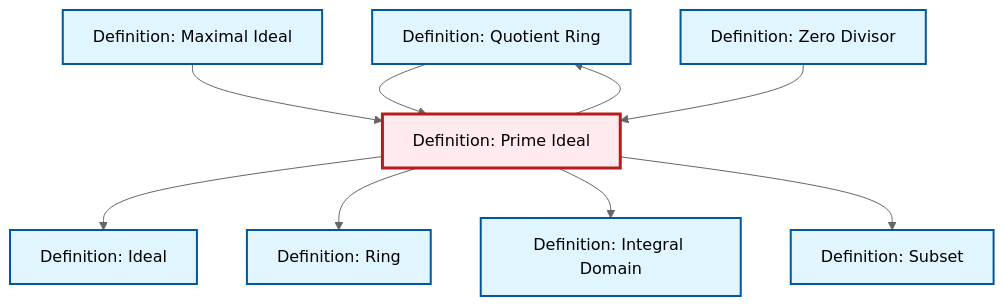
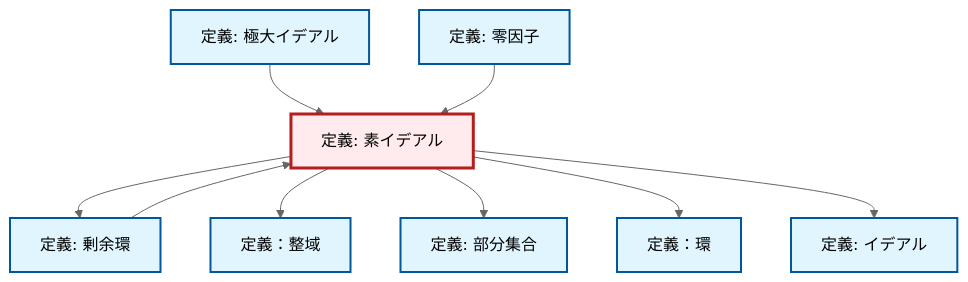
The diagram in content/ja/algebra/def-prime-ideal.qmd (RK0429/ModernMath), drawn with Mermaid (neutral theme) before and after one commit. The commit also changed 1069 other files, not shown here.

````diff
--- a/content/ja/algebra/def-prime-ideal.qmd
+++ b/content/ja/algebra/def-prime-ideal.qmd
@@ -86,33 +86,33 @@
 ```{mermaid}
 %%| fig-cap: "Local dependency graph"
 graph TD
     classDef definition fill:#e1f5fe,stroke:#01579b,stroke-width:2px
     classDef theorem fill:#f3e5f5,stroke:#4a148c,stroke-width:2px
     classDef axiom fill:#fff3e0,stroke:#e65100,stroke-width:2px
     classDef example fill:#e8f5e9,stroke:#1b5e20,stroke-width:2px
     classDef current fill:#ffebee,stroke:#b71c1c,stroke-width:3px
-    def-quotient-ring["Definition: Quotient Ring"]:::definition
-    def-maximal-ideal["Definition: Maximal Ideal"]:::definition
-    def-prime-ideal["Definition: Prime Ideal"]:::definition
-    def-ring["Definition: Ring"]:::definition
-    def-subset["Definition: Subset"]:::definition
-    def-ideal["Definition: Ideal"]:::definition
-    def-zero-divisor["Definition: Zero Divisor"]:::definition
-    def-integral-domain["Definition: Integral Domain"]:::definition
+    def-zero-divisor["定義: 零因子"]:::definition
+    def-prime-ideal["定義: 素イデアル"]:::definition
+    def-ideal["定義: イデアル"]:::definition
+    def-maximal-ideal["定義: 極大イデアル"]:::definition
+    def-quotient-ring["定義: 剰余環"]:::definition
+    def-integral-domain["定義：整域"]:::definition
+    def-ring["定義：環"]:::definition
+    def-subset["定義: 部分集合"]:::definition
+    def-prime-ideal --> def-quotient-ring
+    def-prime-ideal --> def-integral-domain
+    def-prime-ideal --> def-subset
+    def-quotient-ring --> def-prime-ideal
+    def-prime-ideal --> def-ring
+    def-maximal-ideal --> def-prime-ideal
+    def-zero-divisor --> def-prime-ideal
     def-prime-ideal --> def-ideal
-    def-prime-ideal --> def-ring
-    def-quotient-ring --> def-prime-ideal
-    def-maximal-ideal --> def-prime-ideal
-    def-prime-ideal --> def-integral-domain
-    def-zero-divisor --> def-prime-ideal
-    def-prime-ideal --> def-quotient-ring
-    def-prime-ideal --> def-subset
     class def-prime-ideal current
-    click def-quotient-ring "def-quotient-ring.html" "Definition: Quotient Ringへ"
-    click def-maximal-ideal "def-maximal-ideal.html" "Definition: Maximal Idealへ"
-    click def-ring "def-ring.html" "Definition: Ringへ"
-    click def-subset "def-subset.html" "Definition: Subsetへ"
-    click def-ideal "def-ideal.html" "Definition: Idealへ"
-    click def-zero-divisor "def-zero-divisor.html" "Definition: Zero Divisorへ"
-    click def-integral-domain "def-integral-domain.html" "Definition: Integral Domainへ"
+    click def-zero-divisor "def-zero-divisor.html" "零因子の定義へ"
+    click def-ideal "def-ideal.html" "イデアルの定義へ"
+    click def-maximal-ideal "def-maximal-ideal.html" "極大イデアルの定義へ"
+    click def-quotient-ring "def-quotient-ring.html" "剰余環の定義へ"
+    click def-integral-domain "def-integral-domain.html" "定義：整域へ"
+    click def-ring "def-ring.html" "定義：環へ"
+    click def-subset "def-subset.html" "部分集合の定義へ"
 ```
````
